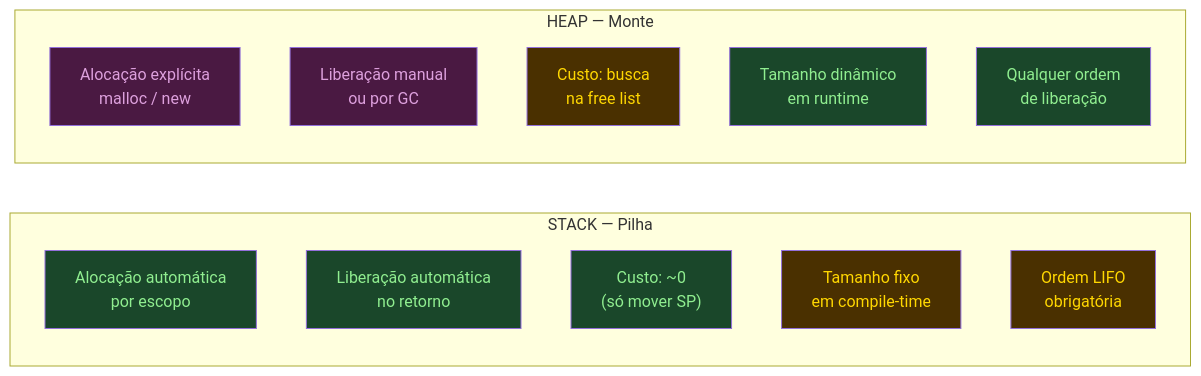
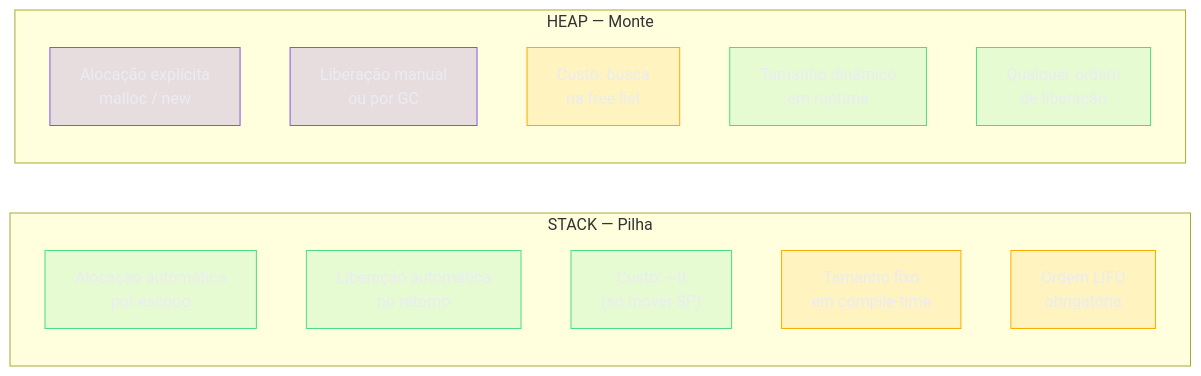
Before and after one commit to josenaldo/codex-technomanticus: the fourth of 5 diagrams in 03-Dominios/Ciência/Compiladores e Linguagens/15 - Runtime, stack frames e gestão de memória.md, drawn with Mermaid. The commit also changed other lines of this file and 1181 other files, not shown here.

First line of the commit message:
fix(diagramas): paleta do sistema no lugar de cor cravada no markdown

````diff
--- a/03-Dominios/Ciência/Compiladores e Linguagens/15 - Runtime, stack frames e gestão de memória.md
+++ b/03-Dominios/Ciência/Compiladores e Linguagens/15 - Runtime, stack frames e gestão de memória.md
@@ -288,28 +294,31 @@
 ```mermaid
 graph LR
+    classDef ok fill:#4ADE8021,stroke:#4ADE80,color:#E9ECF2
+    classDef destaque fill:#FFAA0024,stroke:#FFAA00,color:#E9ECF2
+    classDef marca fill:#8855DF33,stroke:#8855DF,color:#E9ECF2
     subgraph "STACK — Pilha"
         S1["Alocação automática\npor escopo"]
         S2["Liberação automática\nno retorno"]
         S3["Custo: ~0\n(só mover SP)"]
         S4["Tamanho fixo\nem compile-time"]
         S5["Ordem LIFO\nobrigatória"]
     end
     subgraph "HEAP — Monte"
         H1["Alocação explícita\nmalloc / new"]
         H2["Liberação manual\nou por GC"]
         H3["Custo: busca\nna free list"]
         H4["Tamanho dinâmico\nem runtime"]
         H5["Qualquer ordem\nde liberação"]
     end
 
-    style S1 fill:#1a472a,color:#90ee90
-    style S2 fill:#1a472a,color:#90ee90
-    style S3 fill:#1a472a,color:#90ee90
-    style S4 fill:#4a3000,color:#ffd700
-    style S5 fill:#4a3000,color:#ffd700
-    style H1 fill:#4a1942,color:#dda0dd
-    style H2 fill:#4a1942,color:#dda0dd
-    style H3 fill:#4a3000,color:#ffd700
-    style H4 fill:#1a472a,color:#90ee90
-    style H5 fill:#1a472a,color:#90ee90
+    class S1 ok
+    class S2 ok
+    class S3 ok
+    class S4 destaque
+    class S5 destaque
+    class H1 marca
+    class H2 marca
+    class H3 destaque
+    class H4 ok
+    class H5 ok
 ```
````
